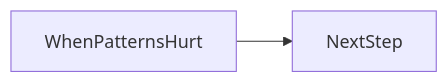
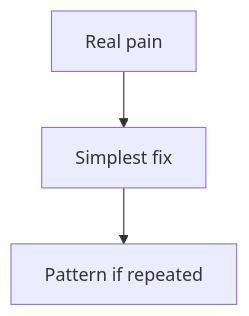
Before and after one commit to OmidJavaherii/Frontend-Engineering-Handbook: the second of 3 diagrams in docs/en/22-design-patterns/when-patterns-hurt/index.md, drawn with Mermaid. The commit also changed other lines of this file and 461 other files, not shown here.

````diff
--- a/docs/en/22-design-patterns/when-patterns-hurt/index.md
+++ b/docs/en/22-design-patterns/when-patterns-hurt/index.md
@@ -95,4 +111,5 @@
 ```mermaid
-flowchart LR
-  concept[WhenPatternsHurt] --> nextStep[NextStep]
+flowchart TD
+  n0[Real pain] --> n1[Simplest fix]
+  n1[Simplest fix] --> n2[Pattern if repeated]
 ```
````
